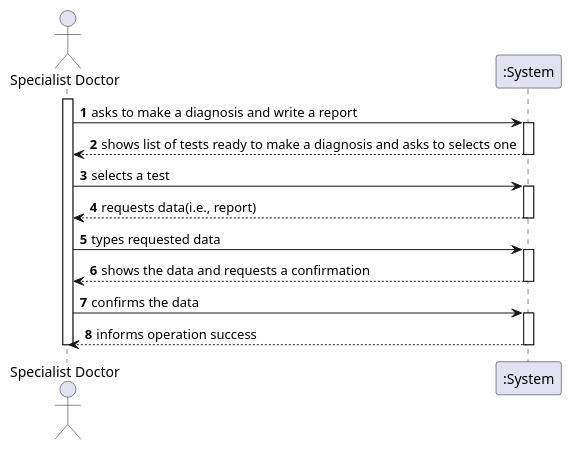
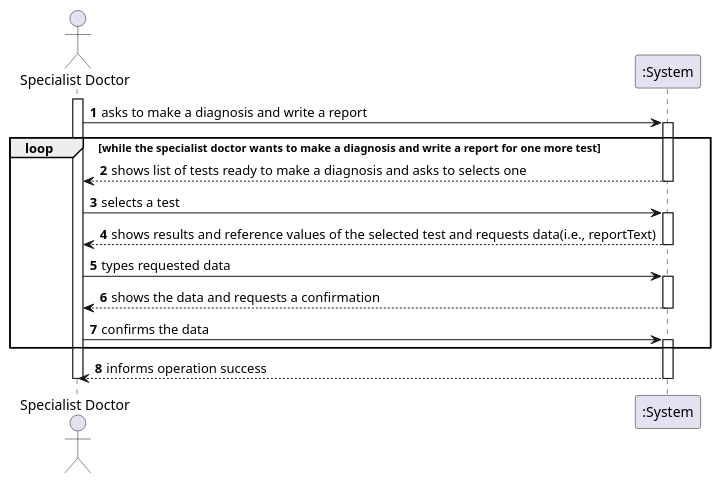
The diagram in docs/SprintC/US_14/US14_SSD.puml (ana-albergaria/LAPR2-ISEP), drawn with PlantUML before and after one commit. The commit also changed 1 other file, not shown here.

```diff
--- a/docs/SprintC/US_14/US14_SSD.puml
+++ b/docs/SprintC/US_14/US14_SSD.puml
@@ -1,27 +1,29 @@
 @startuml
 autonumber
 actor "Specialist Doctor" as SpDt
 
 activate SpDt
 SpDt-> ":System" : asks to make a diagnosis and write a report
 activate ":System"
+loop while the specialist doctor wants to make a diagnosis and write a report for one more test
 ":System" --> SpDt : shows list of tests ready to make a diagnosis and asks to selects one
 deactivate ":System"
 
 SpDt-> ":System" : selects a test
 activate ":System"
-":System" --> SpDt : requests data(i.e., report)
+":System" --> SpDt : shows results and reference values of the selected test and requests data(i.e., reportText)
 deactivate ":System"
 
 SpDt-> ":System" : types requested data
 activate ":System"
 ":System" --> SpDt : shows the data and requests a confirmation
 deactivate ":System"
 
 SpDt-> ":System" : confirms the data
 activate ":System"
+end
 ":System" --> SpDt : informs operation success
 deactivate ":System"
 deactivate SpDt
 
 @enduml
```
